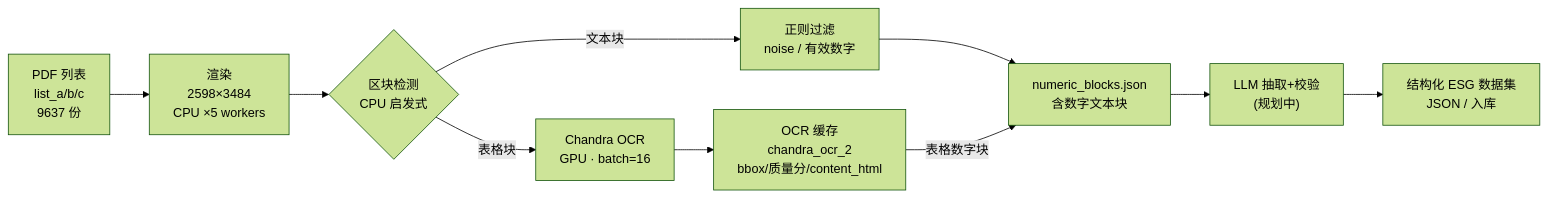
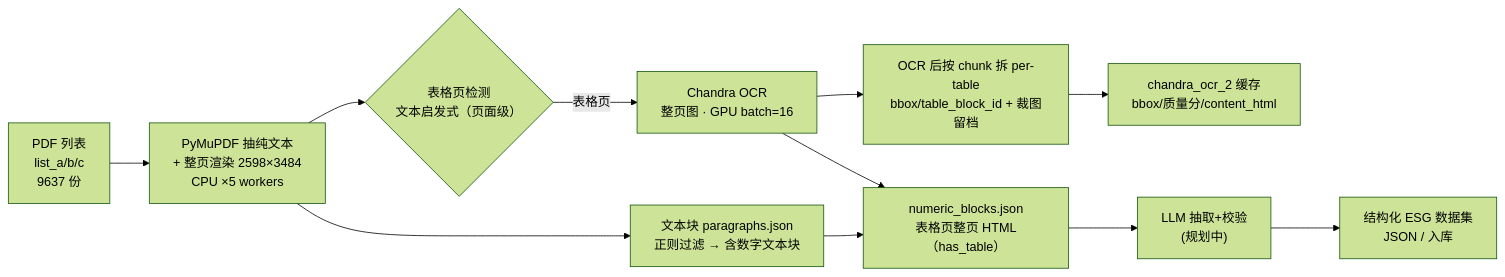
The diagram in memory_docs/ESG_Pipeline_Full_Workflow.md (Evelyn-atg/esg-sync), drawn with Mermaid (forest theme) before and after one commit. The commit also changed other lines of this file, not shown here.

Commit message:
docs: correct pipeline flow - page-level table detection, whole-page OCR, post-OCR per-table split (from source code)

````diff
--- a/memory_docs/ESG_Pipeline_Full_Workflow.md
+++ b/memory_docs/ESG_Pipeline_Full_Workflow.md
@@ -11,12 +11,13 @@
 ```mermaid
 flowchart LR
-    A["PDF 列表<br/>list_a/b/c<br/>9637 份"] --> B["渲染<br/>2598×3484<br/>CPU ×5 workers"]
-    B --> C{"区块检测<br/>CPU 启发式"}
-    C -->|"文本块"| D["正则过滤<br/>noise / 有效数字"]
-    C -->|"表格块"| E["Chandra OCR<br/>GPU · batch=16"]
-    D --> F["numeric_blocks.json<br/>含数字文本块"]
-    E --> G["OCR 缓存<br/>chandra_ocr_2<br/>bbox/质量分/content_html"]
-    G -->|"表格数字块"| F
-    F --> H["LLM 抽取+校验<br/>(规划中)"]
-    H --> I["结构化 ESG 数据集<br/>JSON / 入库"]
+    A["PDF 列表<br/>list_a/b/c<br/>9637 份"] --> B["PyMuPDF 抽纯文本<br/>+ 整页渲染 2598×3484<br/>CPU ×5 workers"]
+    B --> C{"表格页检测<br/>文本启发式（页面级）"}
+    B --> D["文本块 paragraphs.json<br/>正则过滤 → 含数字文本块"]
+    C -->|"表格页"| E["Chandra OCR<br/>整页图 · GPU batch=16"]
+    E --> F["OCR 后按 chunk 拆 per-table<br/>bbox/table_block_id + 裁图留档"]
+    E --> G["numeric_blocks.json<br/>表格页整页 HTML（has_table）"]
+    D --> G
+    F --> H["chandra_ocr_2 缓存<br/>bbox/质量分/content_html"]
+    G --> I["LLM 抽取+校验<br/>(规划中)"]
+    I --> J["结构化 ESG 数据集<br/>JSON / 入库"]
 ```
````
